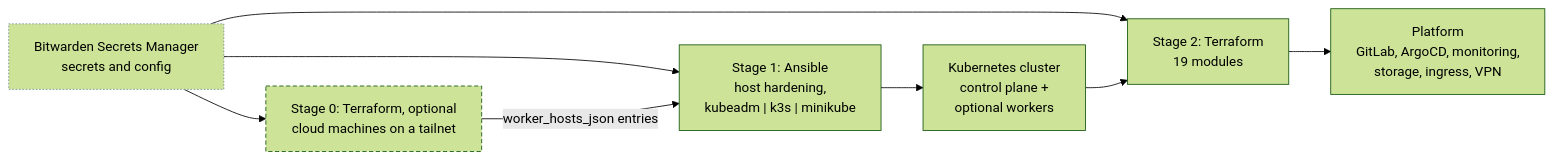
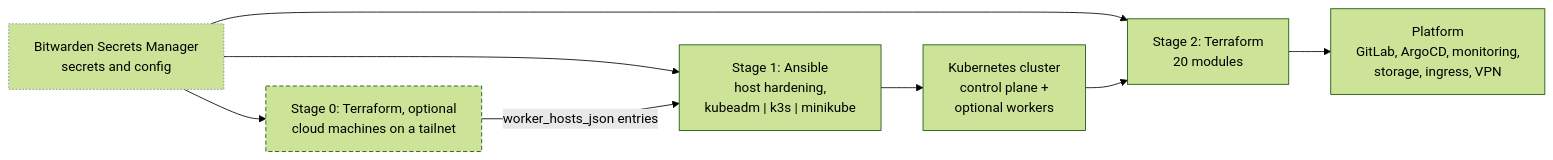
One commit to chrisleekr/homelab-infrastructure changed the diagram in docs/index.md. Above: the diagram before and after it, drawn with Mermaid (forest theme). The commit also changed other lines of this file and 78 other files, not shown here.

Commit message:
feat(stage2): gate chart compatibility, migrate Prometheus CRDs to Helm (#113)

````diff
--- a/docs/index.md
+++ b/docs/index.md
@@ -11,20 +11,20 @@
 ```mermaid
 flowchart LR
     bitwarden["Bitwarden Secrets Manager<br/>secrets and config"]:::aux
     stage0["Stage 0: Terraform, optional<br/>cloud machines on a tailnet"]:::optional
     stage1["Stage 1: Ansible<br/>host hardening,<br/>kubeadm | k3s | minikube"]
     cluster["Kubernetes cluster<br/>control plane +<br/>optional workers"]
-    stage2["Stage 2: Terraform<br/>19 modules"]
+    stage2["Stage 2: Terraform<br/>20 modules"]
     platform["Platform<br/>GitLab, ArgoCD, monitoring,<br/>storage, ingress, VPN"]
 
     bitwarden --> stage0
     bitwarden --> stage1
     bitwarden --> stage2
     stage0 -->|"worker_hosts_json entries"| stage1
     stage1 --> cluster
     cluster --> stage2
     stage2 --> platform
 
     classDef aux stroke:#78909c,stroke-dasharray:2 2
     classDef optional stroke-dasharray:5 3
 ```
````
